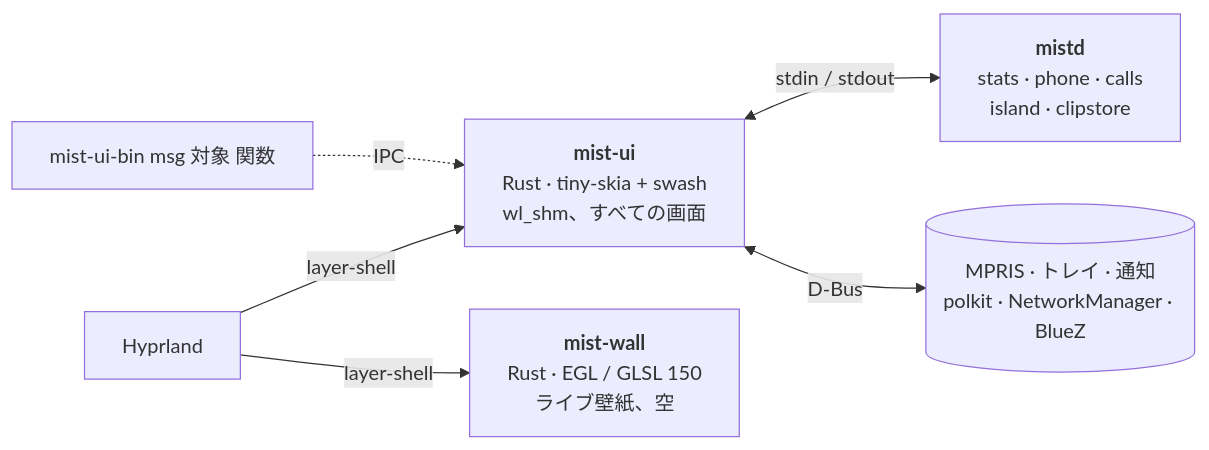
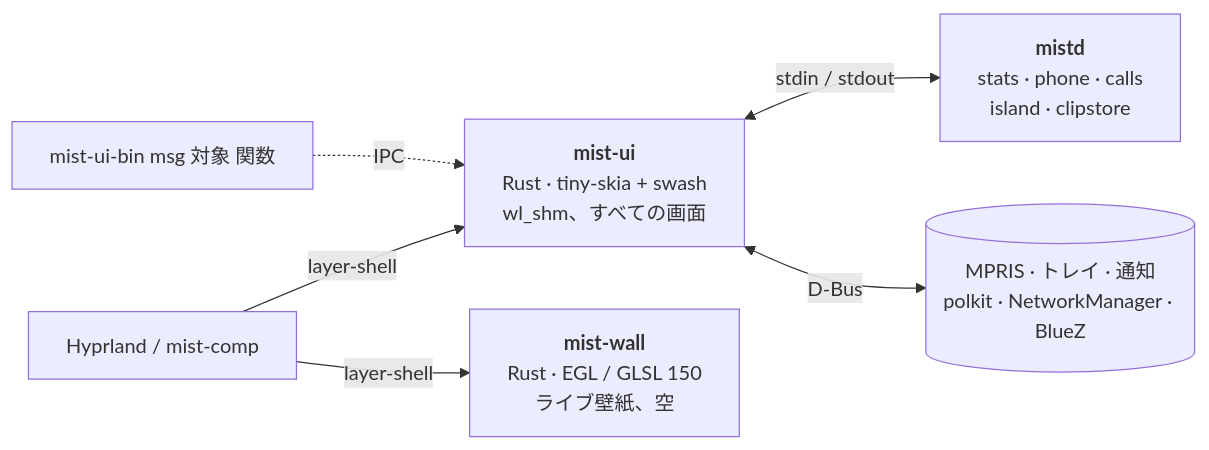
The diagram in docs/i18n/README.ja.md (wiktor-jozwiak/mist), drawn with Mermaid before and after one commit. The commit also changed other lines of this file and 6 other files, not shown here.

First line of the commit message:
README (all languages): mist-comp section and benchmarks, compositor tiles

````diff
--- a/docs/i18n/README.ja.md
+++ b/docs/i18n/README.ja.md
@@ -151,8 +192,8 @@
 ```mermaid
 flowchart LR
-    H[Hyprland] -- layer-shell --> UI["<b>mist-ui</b><br/>Rust · tiny-skia + swash<br/>wl_shm、すべての画面"]
+    H["Hyprland / mist-comp"] -- layer-shell --> UI["<b>mist-ui</b><br/>Rust · tiny-skia + swash<br/>wl_shm、すべての画面"]
     H -- layer-shell --> W["<b>mist-wall</b><br/>Rust · EGL / GLSL 150<br/>ライブ壁紙、空"]
     UI <-- "stdin / stdout" --> D["<b>mistd</b><br/>stats · phone · calls<br/>island · clipstore"]
     UI <-- D-Bus --> S[(MPRIS · トレイ · 通知<br/>polkit · NetworkManager · BlueZ)]
     CLI["mist-ui-bin msg 対象 関数"] -. IPC .-> UI
 ```
````
